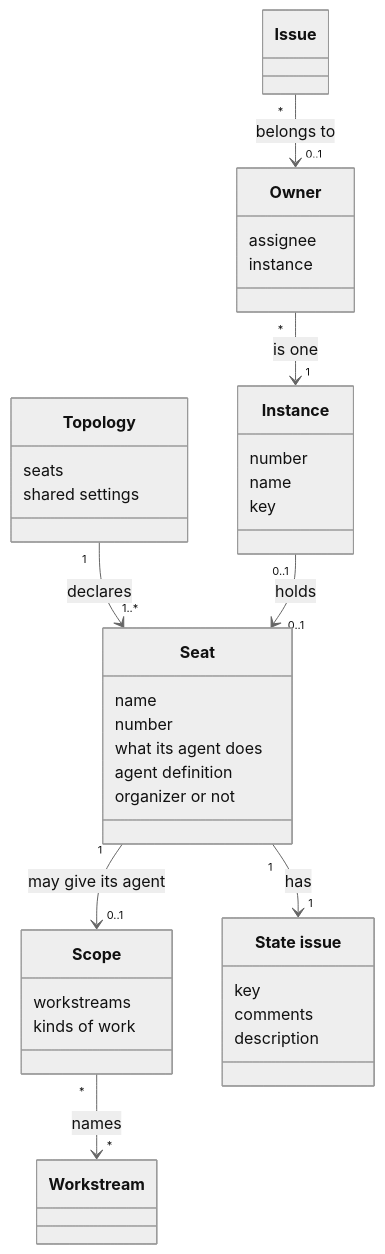
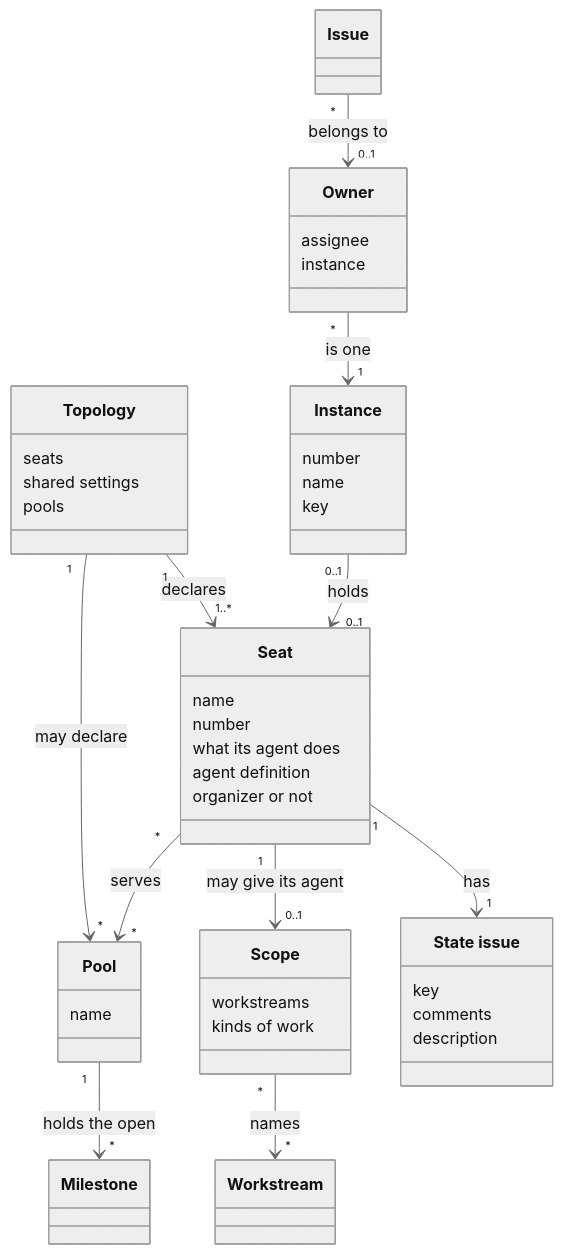
The first of 3 diagrams in tech-docs/analysis/project-management/domain-model/060-parallel-work.md (aleskalfas/project-kit), drawn with Mermaid (neutral theme) before and after one commit. The commit also changed other lines of this file and 16 other files, not shown here.

````diff
--- a/tech-docs/analysis/project-management/domain-model/060-parallel-work.md
+++ b/tech-docs/analysis/project-management/domain-model/060-parallel-work.md
@@ -39,43 +44,51 @@
 ```mermaid
 classDiagram
   accTitle: Parallel work
-  accDescr: A topology declares seats, and the settings the seats share. A seat may give the seat's agent a scope, which names workstreams and kinds of work. A seat has one state issue, keyed by the seat's name. An instance holds at most one seat, and takes the seat's name and number. An issue belongs to at most one owner, which is one instance, paired with the issue's assignee.
+  accDescr: A topology declares seats, the settings the seats share, and may declare pools. A seat may give the seat's agent a scope, which names workstreams and kinds of work. A seat that builds serves pools, and a pool holds open Milestones. A seat has one state issue, keyed by the seat's name. An instance holds at most one seat, and takes the seat's name and number. An issue belongs to at most one owner, which is one instance, paired with the issue's assignee.
   class Topology {
     seats
     shared settings
+    pools
   }
+  class Pool {
+    name
+  }
+  class Milestone
   class Seat {
     name
     number
     what its agent does
     agent definition
     organizer or not
   }
   class Scope {
     workstreams
     kinds of work
   }
   class Instance {
     number
     name
     key
   }
   class Owner {
     assignee
     instance
   }
   class StateIssue["State issue"] {
     key
     comments
     description
   }
   class Workstream
   class Issue
   Topology "1" --> "1..*" Seat : declares
+  Topology "1" --> "*" Pool : may declare
+  Seat "*" --> "*" Pool : serves
+  Pool "1" --> "*" Milestone : holds the open
   Seat "1" --> "0..1" Scope : may give its agent
   Seat "1" --> "1" StateIssue : has
   Instance "0..1" --> "0..1" Seat : holds
   Scope "*" --> "*" Workstream : names
   Owner "*" --> "1" Instance : is one
   Issue "*" --> "0..1" Owner : belongs to
 ```
````
